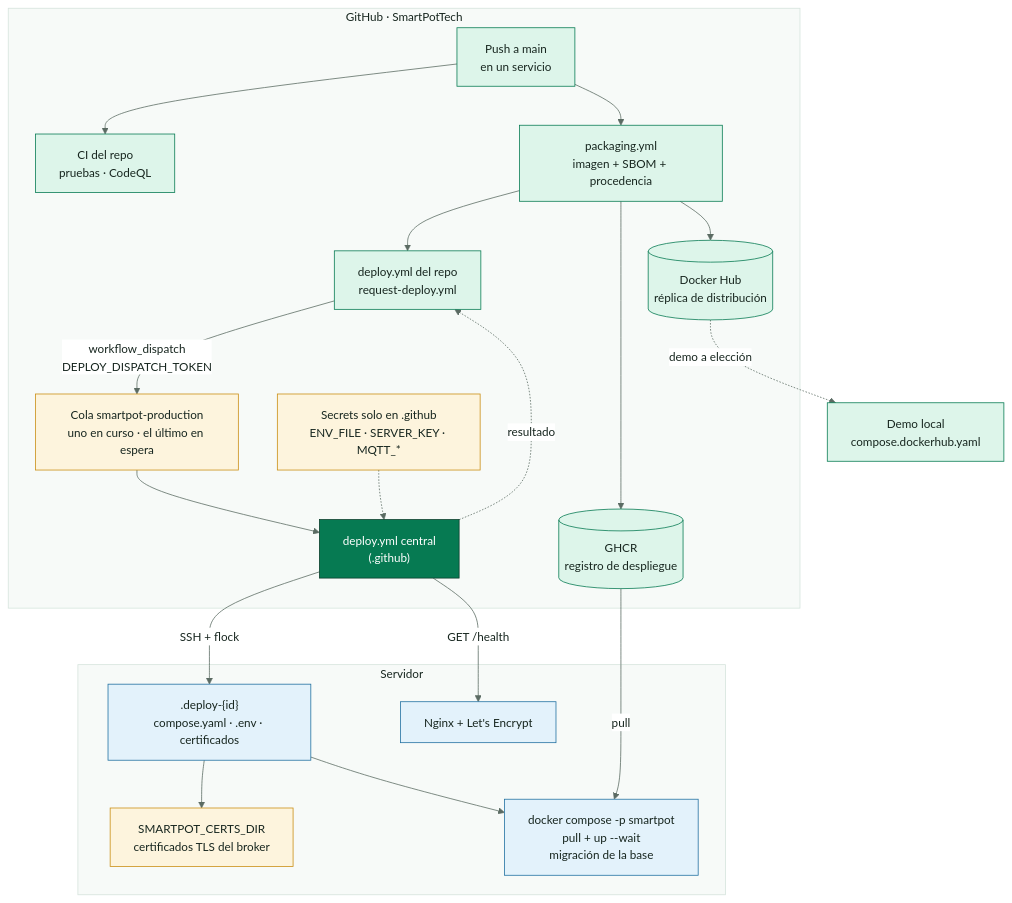
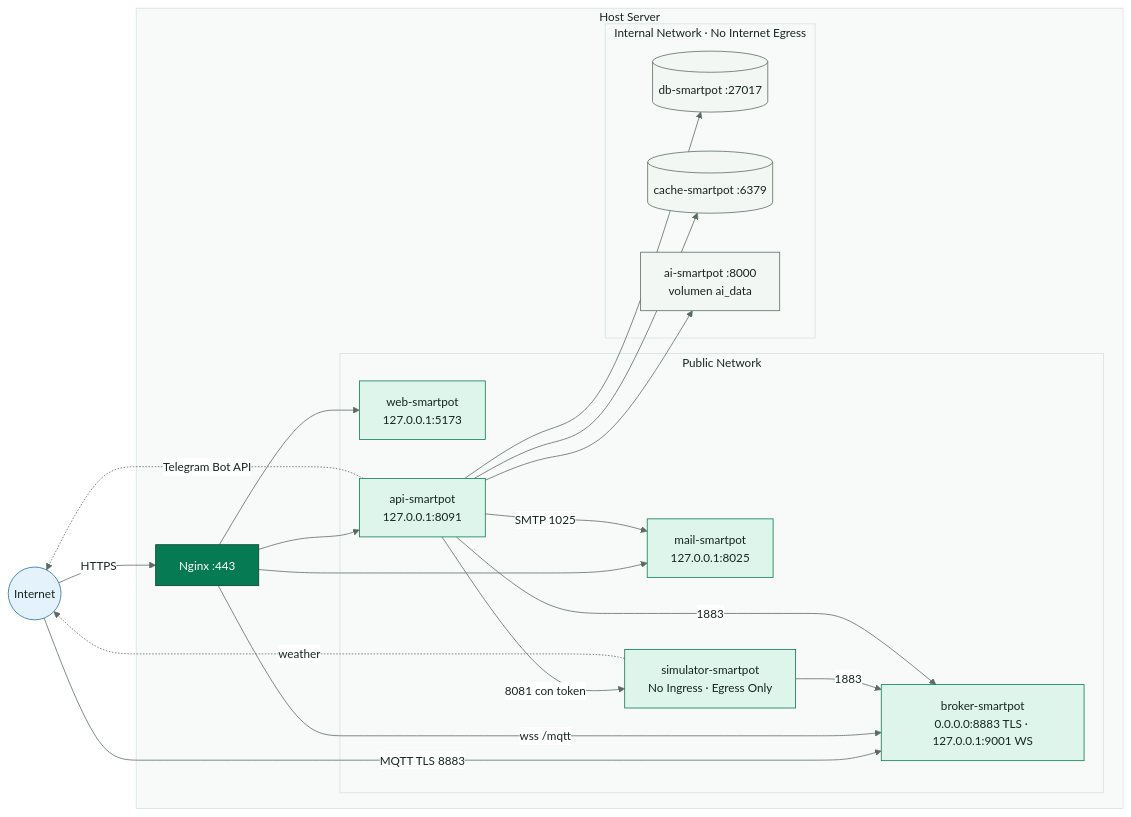
Diagram 12 of 14 in docs/SmartPot_Technical_Documentation.md (SmartPotTech/.github), drawn with Mermaid before and after one commit. The commit also changed other lines of this file and 186 other files, not shown here.

Commit message:
docs(specs): synchronize 100% english organization documentation, diagrams, and formal deliverables

````diff
--- a/docs/SmartPot_Technical_Documentation.md
+++ b/docs/SmartPot_Technical_Documentation.md
@@ -1340,35 +663,43 @@
 ```mermaid
 %%{init: {"theme": "base", "fontFamily": "Segoe UI, Arial, sans-serif", "themeVariables": {"fontFamily": "Segoe UI, Arial, sans-serif", "fontSize": "15px", "primaryColor": "#DDF5EA", "primaryTextColor": "#17261F", "primaryBorderColor": "#067A52", "secondaryColor": "#E3F2FB", "secondaryTextColor": "#17261F", "secondaryBorderColor": "#1F6FA0", "tertiaryColor": "#F2F7F4", "tertiaryTextColor": "#17261F", "tertiaryBorderColor": "#D5E3DC", "lineColor": "#5B6B63", "textColor": "#17261F", "mainBkg": "#DDF5EA", "nodeBorder": "#067A52", "clusterBkg": "#F7FAF8", "clusterBorder": "#D5E3DC", "edgeLabelBackground": "#FFFFFF", "actorBkg": "#067A52", "actorBorder": "#0B3D2B", "actorTextColor": "#FFFFFF", "actorLineColor": "#5B6B63", "signalColor": "#17261F", "signalTextColor": "#17261F", "labelBoxBkgColor": "#0B3D2B", "labelBoxBorderColor": "#0B3D2B", "labelTextColor": "#FFFFFF", "loopTextColor": "#0B3D2B", "noteBkgColor": "#FDF4DD", "noteBorderColor": "#C98D12", "noteTextColor": "#17261F", "activationBkgColor": "#DDF5EA", "activationBorderColor": "#067A52", "attributeBackgroundColorOdd": "#FFFFFF", "attributeBackgroundColorEven": "#F2F7F4"}}}%%
-flowchart TB
-  subgraph github["GitHub · SmartPotTech"]
-    repo["Push a main<br/>en un servicio"] --> ci["CI del repo<br/>pruebas · CodeQL"]
-    repo --> pkg["packaging.yml<br/>imagen + SBOM + procedencia"]
-    pkg --> ghcr[("GHCR<br/>registro de despliegue")]
-    pkg --> hub[("Docker Hub<br/>réplica de distribución")]
-    pkg --> dep["deploy.yml del repo<br/>request-deploy.yml"]
-    dep -->|"workflow_dispatch<br/>DEPLOY_DISPATCH_TOKEN"| queue["Cola smartpot-production<br/>uno en curso · el último en espera"]
-    queue --> central["deploy.yml central<br/>(.github)"]
-    central -.->|"resultado"| dep
-    secrets["Secrets solo en .github<br/>ENV_FILE · SERVER_KEY · MQTT_*"] -.-> central
+flowchart LR
+  internet(("Internet"))
+  subgraph host["Host Server"]
+    nginx["Nginx :443"]
+    subgraph public["Public Network"]
+      web["web-smartpot<br/>127.0.0.1:5173"]
+      api["api-smartpot<br/>127.0.0.1:8091"]
+      broker["broker-smartpot<br/>0.0.0.0:8883 TLS · 127.0.0.1:9001 WS"]
+      mail["mail-smartpot<br/>127.0.0.1:8025"]
+      sim["simulator-smartpot<br/>No Ingress · Egress Only"]
+    end
+    subgraph internal["Internal Network · No Internet Egress"]
+      db[("db-smartpot :27017")]
+      cache[("cache-smartpot :6379")]
+      ai["ai-smartpot :8000<br/>volumen ai_data"]
+    end
   end
-  subgraph servidor["Servidor"]
-    stage[".deploy-{id}<br/>compose.yaml · .env · certificados"]
-    certs["SMARTPOT_CERTS_DIR<br/>certificados TLS del broker"]
-    compose["docker compose -p smartpot<br/>pull + up --wait<br/>migración de la base"]
-    nginx["Nginx + Let's Encrypt"]
-  end
-  central -->|"SSH + flock"| stage
-  stage --> certs
-  stage --> compose
-  ghcr -->|"pull"| compose
-  hub -.->|"demo a elección"| demo["Demo local<br/>compose.dockerhub.yaml"]
-  central -->|"GET /health"| nginx
-  classDef gh fill:#DDF5EA,stroke:#067A52,color:#17261F
-  classDef key fill:#FDF4DD,stroke:#C98D12,color:#17261F
-  classDef srv fill:#E3F2FB,stroke:#1F6FA0,color:#17261F
-  classDef core fill:#067A52,stroke:#0B3D2B,color:#FFFFFF
-  class repo,ci,pkg,dep,demo gh
-  class central core
-  class secrets,certs,queue key
-  class stage,compose,nginx srv
+  internet -->|"HTTPS"| nginx
+  internet -->|"MQTT TLS 8883"| broker
+  nginx --> web
+  nginx --> api
+  nginx -->|"wss /mqtt"| broker
+  nginx --> mail
+  api --> db
+  api --> cache
+  api --> ai
+  api -->|"8081 con token"| sim
+  sim -->|"1883"| broker
+  sim -.->|"weather"| internet
+  api -.->|"Telegram Bot API"| internet
+  api -->|"1883"| broker
+  api -->|"SMTP 1025"| mail
+  classDef pub fill:#DDF5EA,stroke:#067A52,color:#17261F
+  classDef priv fill:#F2F7F4,stroke:#5B6B63,color:#17261F
+  classDef gate fill:#067A52,stroke:#0B3D2B,color:#FFFFFF
+  classDef world fill:#E3F2FB,stroke:#1F6FA0,color:#17261F
+  class web,api,broker,mail,sim pub
+  class db,cache,ai priv
+  class nginx gate
+  class internet world
 ```
````
